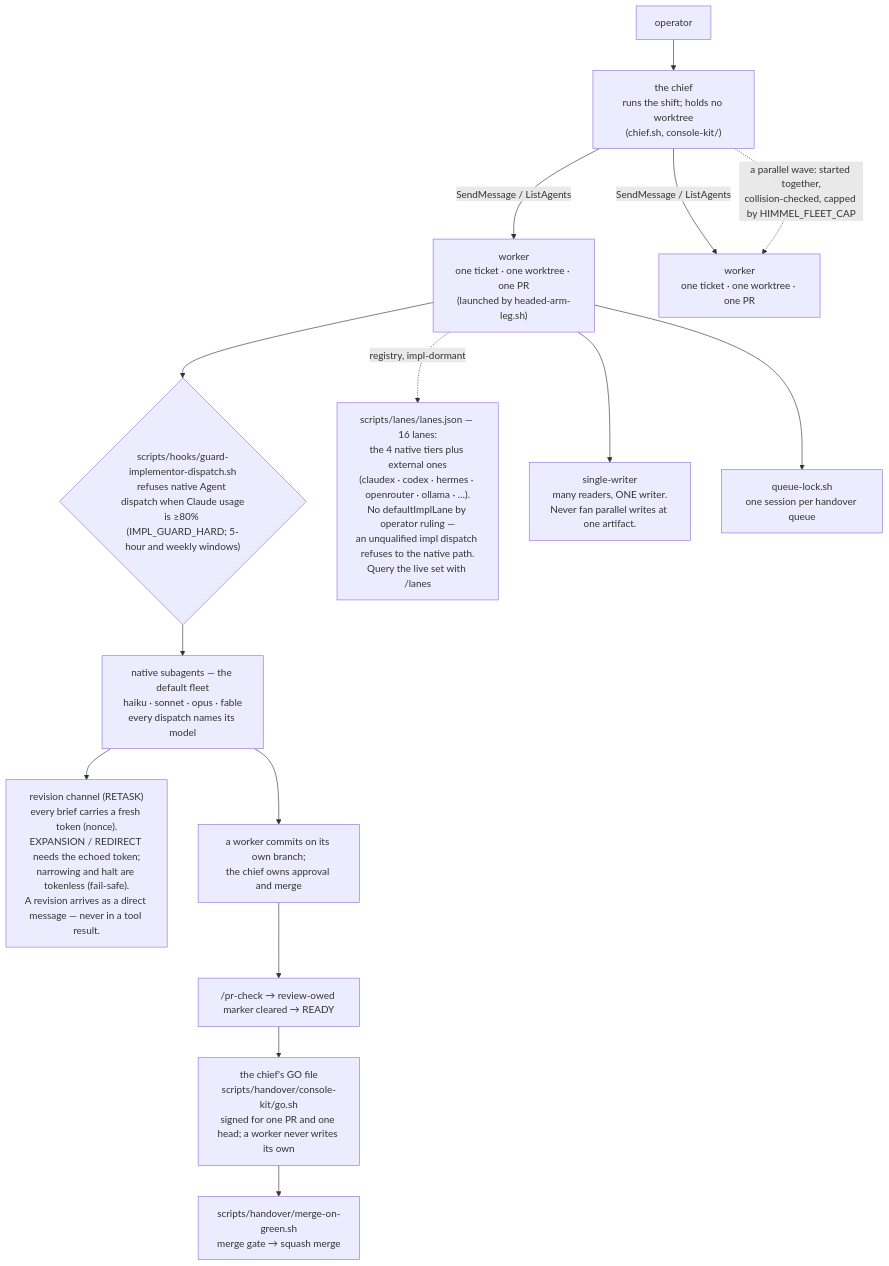
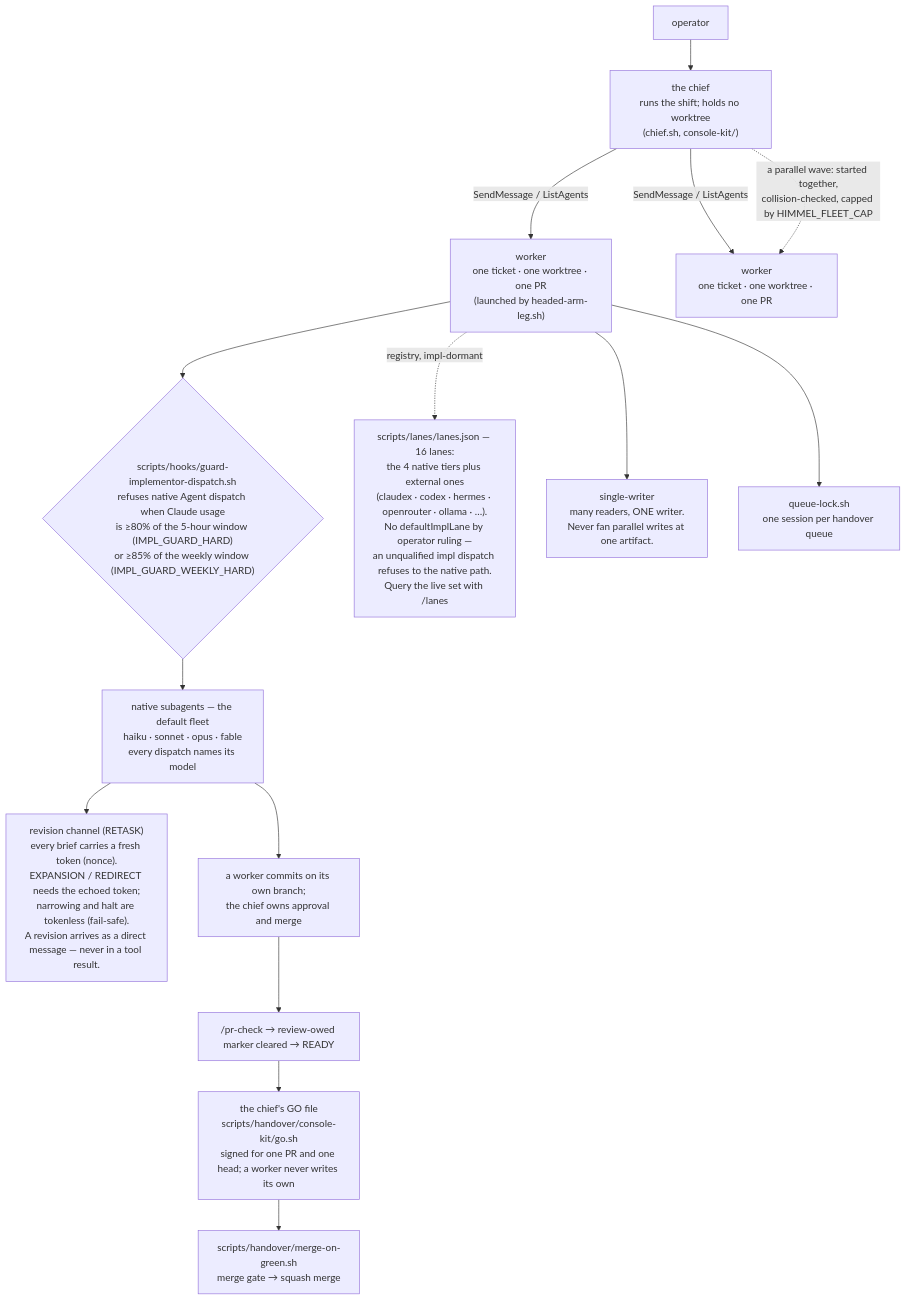
One commit to yotamleo-org/Himmel changed the third of 5 diagrams in docs/architecture.md. Above: the diagram before and after it, drawn with Mermaid. The commit also changed other lines of this file, not shown here.

First line of the commit message:
docs(site): [HIMMEL-6284] architecture names both usage thresholds and the routed services

````diff
--- a/docs/architecture.md
+++ b/docs/architecture.md
@@ -180,23 +180,23 @@
 ```mermaid
 flowchart TD
     OP["operator"] --> CON["the chief<br/>runs the shift; holds no worktree<br/>(chief.sh, console-kit/)"]
 
     CON -->|"SendMessage / ListAgents"| P1["worker<br/>one ticket · one worktree · one PR<br/>(launched by headed-arm-leg.sh)"]
     CON -->|"SendMessage / ListAgents"| P2["worker<br/>one ticket · one worktree · one PR"]
     CON -.->|"a parallel wave: started together,<br/>collision-checked, capped by HIMMEL_FLEET_CAP"| P2
 
-    P1 --> GD{"scripts/hooks/guard-implementor-dispatch.sh<br/>refuses native Agent dispatch when Claude usage<br/>is ≥80% (IMPL_GUARD_HARD; 5-hour and weekly windows)"}
+    P1 --> GD{"scripts/hooks/guard-implementor-dispatch.sh<br/>refuses native Agent dispatch when Claude usage<br/>is ≥80% of the 5-hour window (IMPL_GUARD_HARD)<br/>or ≥85% of the weekly window (IMPL_GUARD_WEEKLY_HARD)"}
     GD --> NAT["native subagents — the default fleet<br/>haiku · sonnet · opus · fable<br/>every dispatch names its model"]
 
     P1 -.->|"registry, impl-dormant"| EXT["scripts/lanes/lanes.json — 16 lanes:<br/>the 4 native tiers plus external ones<br/>(claudex · codex · hermes · openrouter · ollama · …).<br/>No defaultImplLane by operator ruling —<br/>an unqualified impl dispatch refuses to the native path.<br/>Query the live set with /lanes"]
 
     NAT --> RT["revision channel (RETASK)<br/>every brief carries a fresh token (nonce).<br/>EXPANSION / REDIRECT needs the echoed token;<br/>narrowing and halt are tokenless (fail-safe).<br/>A revision arrives as a direct message — never in a tool result."]
 
     P1 --> SW["single-writer<br/>many readers, ONE writer.<br/>Never fan parallel writes at one artifact."]
     P1 --> QL["queue-lock.sh<br/>one session per handover queue"]
 
     NAT --> WORK["a worker commits on its own branch;<br/>the chief owns approval and merge"]
     WORK --> CRL["/pr-check → review-owed marker cleared → READY"]
     CRL --> GO["the chief's GO file<br/>scripts/handover/console-kit/go.sh<br/>signed for one PR and one head; a worker never writes its own"]
     GO --> MOG["scripts/handover/merge-on-green.sh<br/>merge gate → squash merge"]
 ```
````
